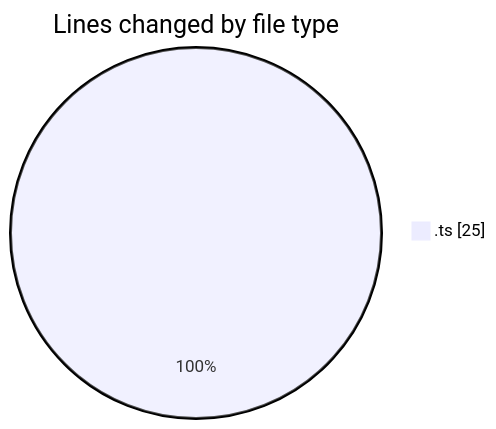
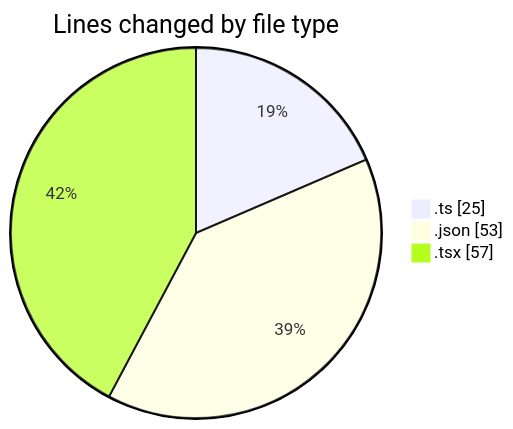
The first of 2 diagrams in 2025-10-10/cda/README.md (momahboobian/code-tracking), drawn with Mermaid before and after one commit. The commit also changed other lines of this file and 1 other file, not shown here.

````diff
--- a/2025-10-10/cda/README.md
+++ b/2025-10-10/cda/README.md
@@ -21,5 +23,7 @@
 ```mermaid
 pie showData
 title Lines changed by file type
 ".ts" : 25
+".json" : 53
+".tsx" : 57
 ```
````
